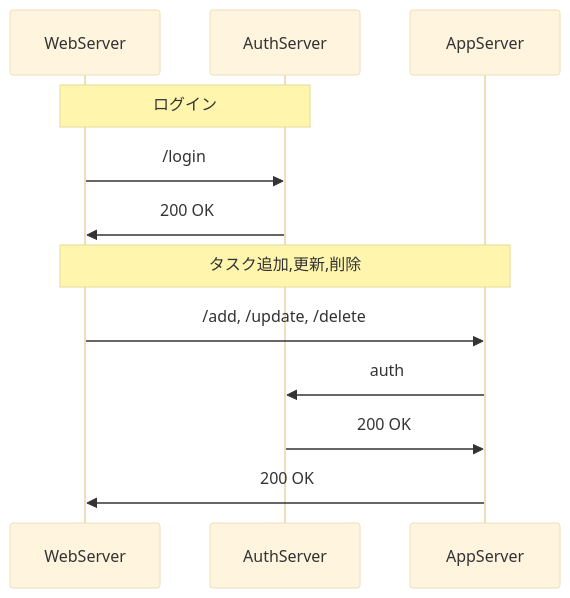
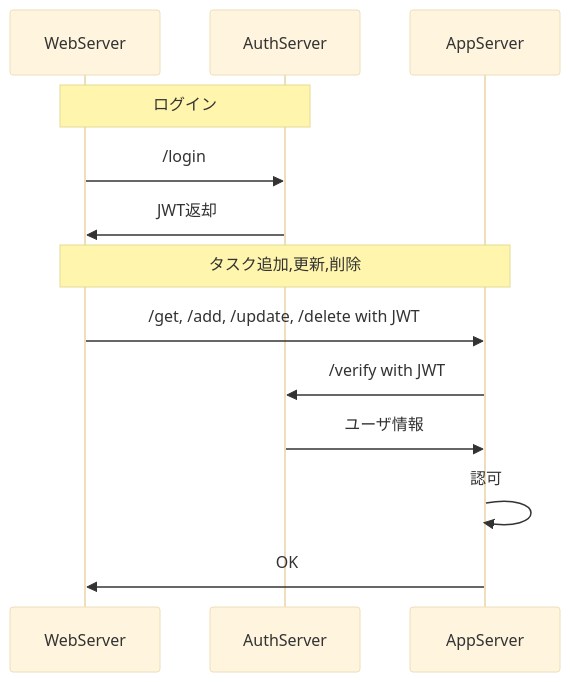
One commit to ari-kei/task-manage changed the second of 2 diagrams in README.md. Above: the diagram before and after it, drawn with Mermaid (base theme).

Commit message:
シーケンス図修正

````diff
--- a/README.md
+++ b/README.md
@@ -64,12 +64,13 @@
 ```mermaid
 sequenceDiagram
 Note over WebServer, AuthServer: ログイン
     WebServer->>AuthServer: /login
-    AuthServer->>WebServer: 200 OK
+    AuthServer->>WebServer: JWT返却
 
 Note over WebServer, AppServer: タスク追加,更新,削除    
-    WebServer->>AppServer: /add, /update, /delete
-    AppServer->>AuthServer: auth
-    AuthServer->>AppServer: 200 OK
-    AppServer->>WebServer: 200 OK
+    WebServer->>AppServer: /get, /add, /update, /delete with JWT
+    AppServer->>AuthServer: /verify with JWT
+    AuthServer->>AppServer: ユーザ情報
+    AppServer->>AppServer: 認可
+    AppServer->>WebServer: OK
 ```
````
